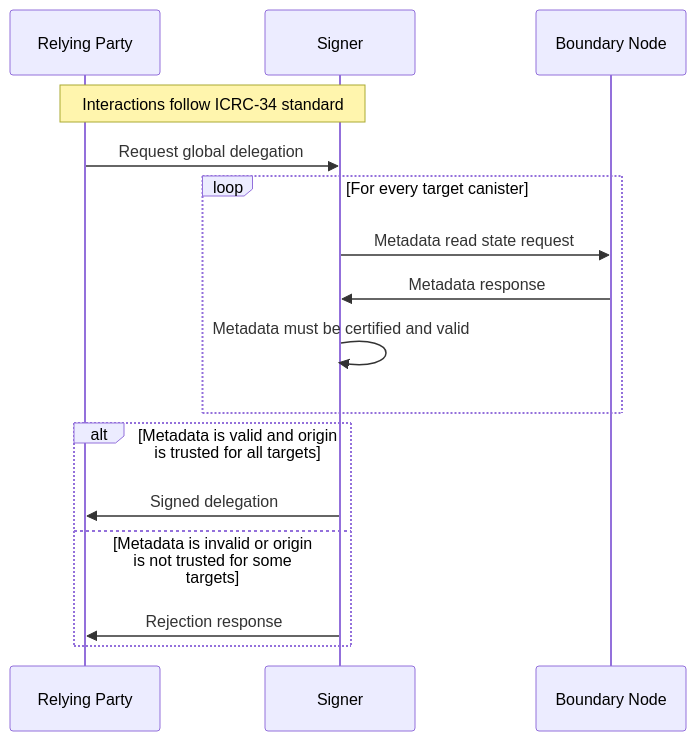
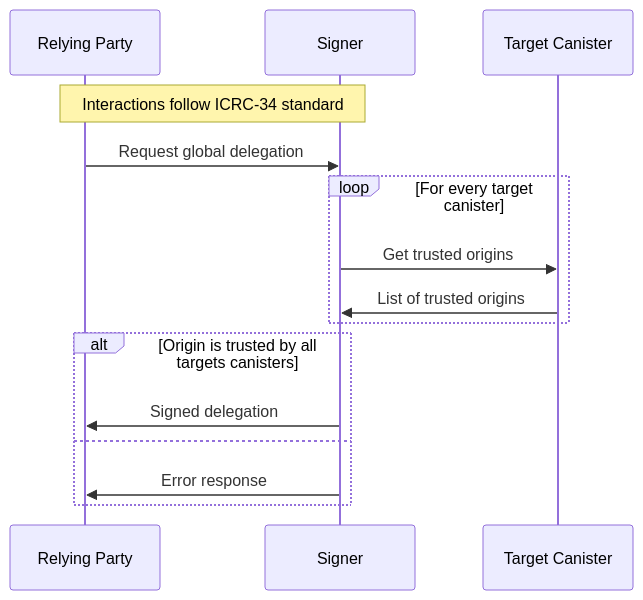
One commit to dfinity/wg-identity-authentication changed the first of 2 diagrams in topics/icrc_28_trusted_origins.md. Above: the diagram before and after it, drawn with Mermaid. The commit also changed other lines of this file and 1 other file, not shown here.

Commit message:
Update ICRC-28 and 57 sequence diagrams.

````diff
--- a/topics/icrc_28_trusted_origins.md
+++ b/topics/icrc_28_trusted_origins.md
@@ -87,18 +89,17 @@
 ```mermaid
 sequenceDiagram
     participant RP as Relying Party
     participant S as Signer
-    participant B as Boundary Node
+    participant C as Target Canister
     Note over RP, S: Interactions follow ICRC-34 standard
     RP ->> S: Request global delegation
     loop For every target canister
-        S ->> B: Metadata read state request
-        B ->> S: Metadata response
-        S ->> S: Metadata must be certified and valid
+        S ->> C: Get trusted origins
+        C ->> S: List of trusted origins
     end
-    alt Metadata is valid and origin is trusted for all targets
+    alt Origin is trusted by all targets canisters
         S ->> RP: Signed delegation
-    else Metadata is invalid or origin is not trusted for some targets
-        S ->> RP: Rejection response
+    else
+        S ->> RP: Error response
     end
 ```
````
